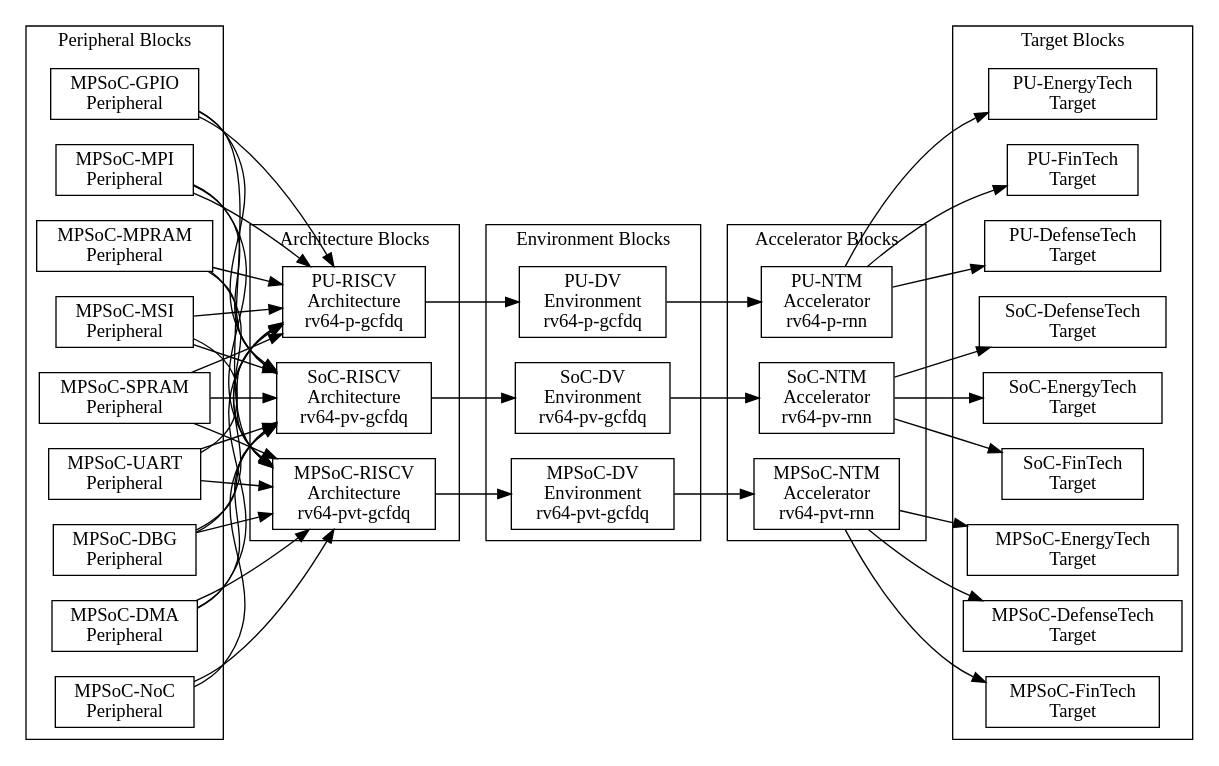
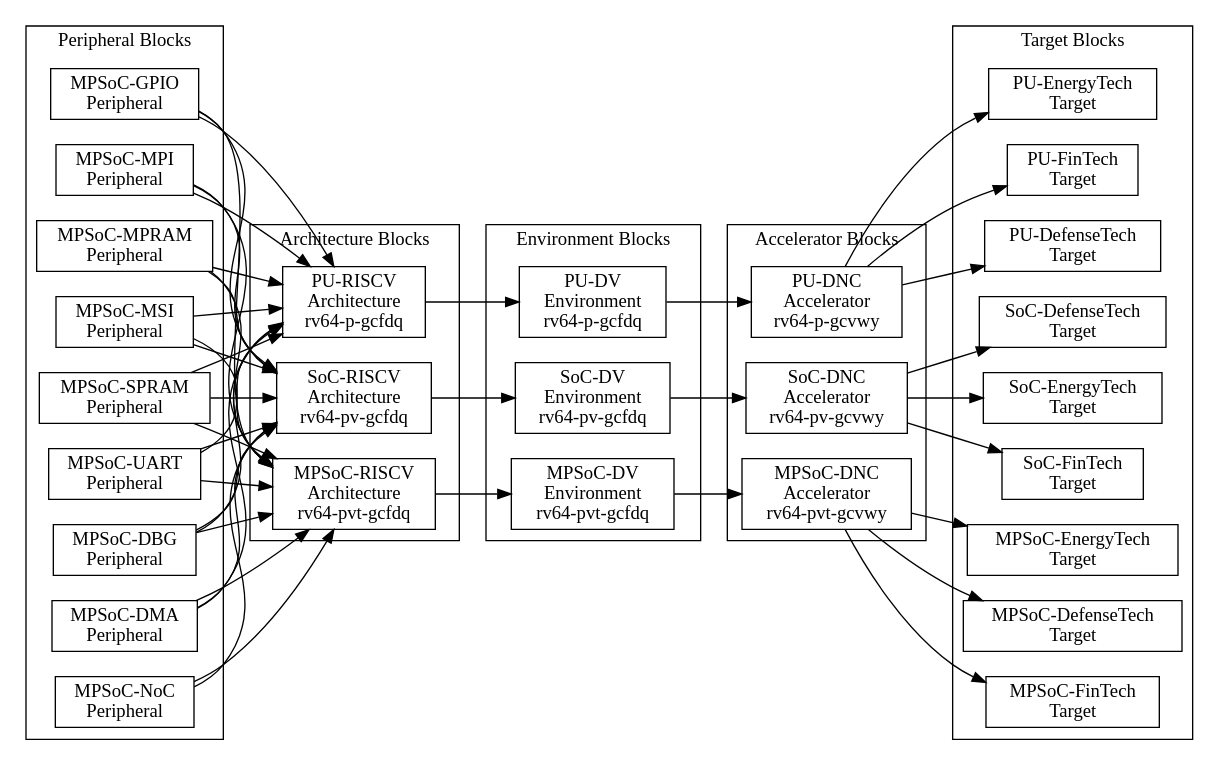
One commit to PacoReinaCampo/MPSoC-NTM changed the diagram in doc/isa/riscv/assets/dependences-global.dot. Above: the diagram before and after it, drawn with Graphviz. The commit also changed 241 other files, not shown here.

Commit message:
Working in MPSoC-NTM 🦀

```diff
--- a/doc/isa/riscv/assets/dependences-global.dot
+++ b/doc/isa/riscv/assets/dependences-global.dot
@@ -1,117 +1,117 @@
 digraph Project {
   // Introduction
   graph [rankdir = LR];
   node[shape=record];
 
   // Peripheral Blocks
   subgraph "cluster PeripheralBlocks" { label = "Peripheral Blocks";
     MPSoC_DBG[label="MPSoC-DBG\nPeripheral"];
     MPSoC_DMA[label="MPSoC-DMA\nPeripheral"];
     MPSoC_GPIO[label="MPSoC-GPIO\nPeripheral"];
     MPSoC_MPI[label="MPSoC-MPI\nPeripheral"];
     MPSoC_MPRAM[label="MPSoC-MPRAM\nPeripheral"];
     MPSoC_MSI[label="MPSoC-MSI\nPeripheral"];
     MPSoC_NoC[label="MPSoC-NoC\nPeripheral"];
     MPSoC_SPRAM[label="MPSoC-SPRAM\nPeripheral"];
     MPSoC_UART[label="MPSoC-UART\nPeripheral"];
   }
 
   // Architecture Blocks
   subgraph "cluster ArchitectureBlocks" { label = "Architecture Blocks";
     MPSoC_RISCV[label="MPSoC-RISCV\nArchitecture\nrv64-pvt-gcfdq"];
     SoC_RISCV[label="SoC-RISCV\nArchitecture\nrv64-pv-gcfdq"];
     PU_RISCV[label="PU-RISCV\nArchitecture\nrv64-p-gcfdq"];
   }
 
   // Environment Blocks
   subgraph "cluster EnvironmentBlocks" { label = "Environment Blocks";
     MPSoC_DV[label="MPSoC-DV\nEnvironment\nrv64-pvt-gcfdq"];
     SoC_DV[label="SoC-DV\nEnvironment\nrv64-pv-gcfdq"];
     PU_DV[label="PU-DV\nEnvironment\nrv64-p-gcfdq"];
   }
 
   // Accelerator Blocks
   subgraph "cluster AcceleratorBlocks" { label = "Accelerator Blocks";
-    MPSoC_NTM[label="MPSoC-NTM\nAccelerator\nrv64-pvt-rnn"];
-    SoC_NTM[label="SoC-NTM\nAccelerator\nrv64-pv-rnn"];
-    PU_NTM[label="PU-NTM\nAccelerator\nrv64-p-rnn"];
+    MPSoC_DNC[label="MPSoC-DNC\nAccelerator\nrv64-pvt-gcvwy"];
+    SoC_DNC[label="SoC-DNC\nAccelerator\nrv64-pv-gcvwy"];
+    PU_DNC[label="PU-DNC\nAccelerator\nrv64-p-gcvwy"];
   }
 
   // Target Blocks
   subgraph "cluster TargetBlocks" { label = "Target Blocks";
     MPSoC_EnergyTech[label="MPSoC-EnergyTech\nTarget"];
     SoC_EnergyTech[label="SoC-EnergyTech\nTarget"];
     PU_EnergyTech[label="PU-EnergyTech\nTarget"];
 
     MPSoC_FinTech[label="MPSoC-FinTech\nTarget"];
     SoC_FinTech[label="SoC-FinTech\nTarget"];
     PU_FinTech[label="PU-FinTech\nTarget"];
 
     MPSoC_DefenseTech[label="MPSoC-DefenseTech\nTarget"];
     SoC_DefenseTech[label="SoC-DefenseTech\nTarget"];
     PU_DefenseTech[label="PU-DefenseTech\nTarget"];
   }
 
   // Peripheral -> Architecture
   MPSoC_DBG -> MPSoC_RISCV;
   MPSoC_DMA -> MPSoC_RISCV;
   MPSoC_GPIO -> MPSoC_RISCV;
   MPSoC_MPI -> MPSoC_RISCV;
   MPSoC_MPRAM -> MPSoC_RISCV;
   MPSoC_MSI -> MPSoC_RISCV;
   MPSoC_NoC -> MPSoC_RISCV;
   MPSoC_SPRAM -> MPSoC_RISCV;
   MPSoC_UART -> MPSoC_RISCV;
 
   MPSoC_DBG -> SoC_RISCV;
   MPSoC_DMA -> SoC_RISCV;
   MPSoC_GPIO -> SoC_RISCV;
   MPSoC_MPI -> SoC_RISCV;
   MPSoC_MPRAM -> SoC_RISCV;
   MPSoC_MSI -> SoC_RISCV;
   MPSoC_NoC -> SoC_RISCV;
   MPSoC_SPRAM -> SoC_RISCV;
   MPSoC_UART -> SoC_RISCV;
 
   MPSoC_DBG -> PU_RISCV;
   MPSoC_DMA -> PU_RISCV;
   MPSoC_GPIO -> PU_RISCV;
   MPSoC_MPI -> PU_RISCV;
   MPSoC_MPRAM -> PU_RISCV;
   MPSoC_MSI -> PU_RISCV;
   MPSoC_SPRAM -> PU_RISCV;
   MPSoC_UART -> PU_RISCV;
 
   // Architecture -> Environment
   PU_RISCV -> PU_DV;
 
   SoC_RISCV -> SoC_DV;
 
   MPSoC_RISCV -> MPSoC_DV;
 
   // Environment -> Accelerator
-  PU_DV -> PU_NTM;
+  PU_DV -> PU_DNC;
 
-  SoC_DV -> SoC_NTM;
+  SoC_DV -> SoC_DNC;
 
-  MPSoC_DV -> MPSoC_NTM;
+  MPSoC_DV -> MPSoC_DNC;
 
   // Accelerator -> Target
-  PU_NTM -> PU_EnergyTech;
+  PU_DNC -> PU_EnergyTech;
 
-  SoC_NTM -> SoC_EnergyTech;
+  SoC_DNC -> SoC_EnergyTech;
 
-  MPSoC_NTM -> MPSoC_EnergyTech;
+  MPSoC_DNC -> MPSoC_EnergyTech;
 
-  PU_NTM -> PU_FinTech;
+  PU_DNC -> PU_FinTech;
 
-  SoC_NTM -> SoC_FinTech;
+  SoC_DNC -> SoC_FinTech;
 
-  MPSoC_NTM -> MPSoC_FinTech;
+  MPSoC_DNC -> MPSoC_FinTech;
 
-  PU_NTM -> PU_DefenseTech;
+  PU_DNC -> PU_DefenseTech;
 
-  SoC_NTM -> SoC_DefenseTech;
+  SoC_DNC -> SoC_DefenseTech;
 
-  MPSoC_NTM -> MPSoC_DefenseTech;
+  MPSoC_DNC -> MPSoC_DefenseTech;
 }
```
